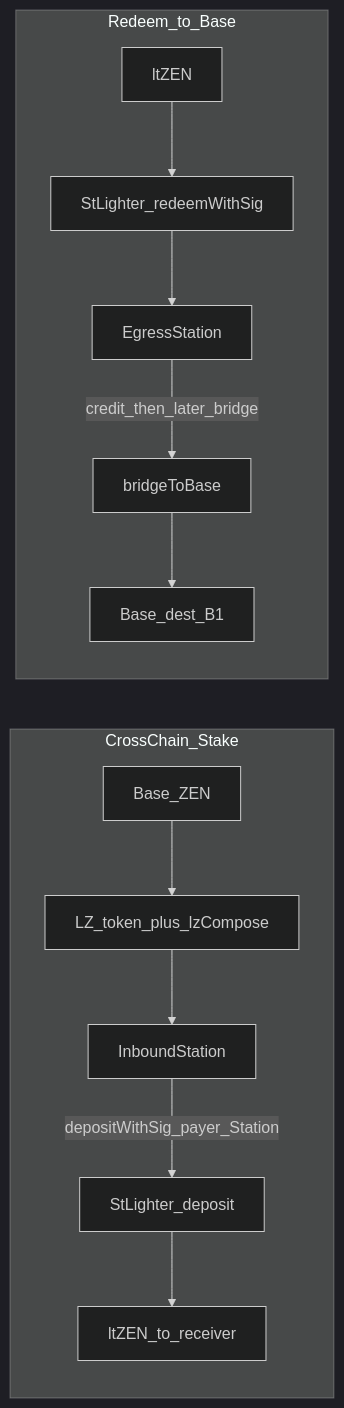
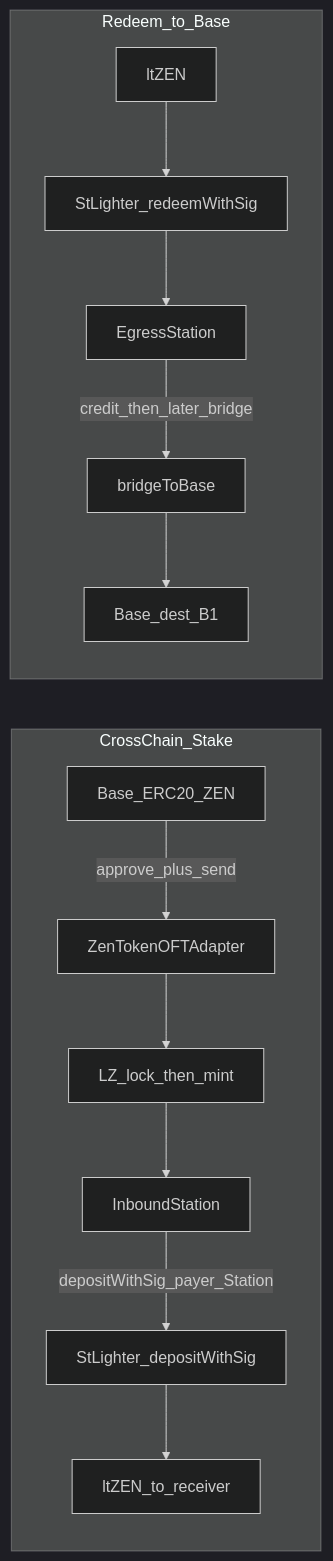
One commit to dust/zen-staking-layer changed the diagram in docs/stLighter-station-design.md. Above: the diagram before and after it, drawn with Mermaid (dark theme). The commit also changed other lines of this file and 65 other files, not shown here.

````diff
--- a/docs/stLighter-station-design.md
+++ b/docs/stLighter-station-design.md
@@ -46,22 +46,23 @@
 ```mermaid
 flowchart LR
   subgraph inbound [CrossChain_Stake]
-    BaseZEN[Base_ZEN]
-    LZ[LZ_token_plus_lzCompose]
+    BaseZEN[Base_ERC20_ZEN]
+    Adapter[ZenTokenOFTAdapter]
+    LZ[LZ_lock_then_mint]
     InS[InboundStation]
-    SL[StLighter_deposit]
+    SL[StLighter_depositWithSig]
     ltZEN[ltZEN_to_receiver]
-    BaseZEN --> LZ --> InS
+    BaseZEN -->|approve_plus_send| Adapter --> LZ --> InS
     InS -->|depositWithSig_payer_Station| SL --> ltZEN
   end
 
   subgraph outbound [Redeem_to_Base]
     ltZEN2[ltZEN]
     redeem[StLighter_redeemWithSig]
     EgS[EgressStation]
     bridge[bridgeToBase]
     BaseDest[Base_dest_B1]
     ltZEN2 --> redeem --> EgS
     EgS -->|credit_then_later_bridge| bridge --> BaseDest
   end
 ```
````
